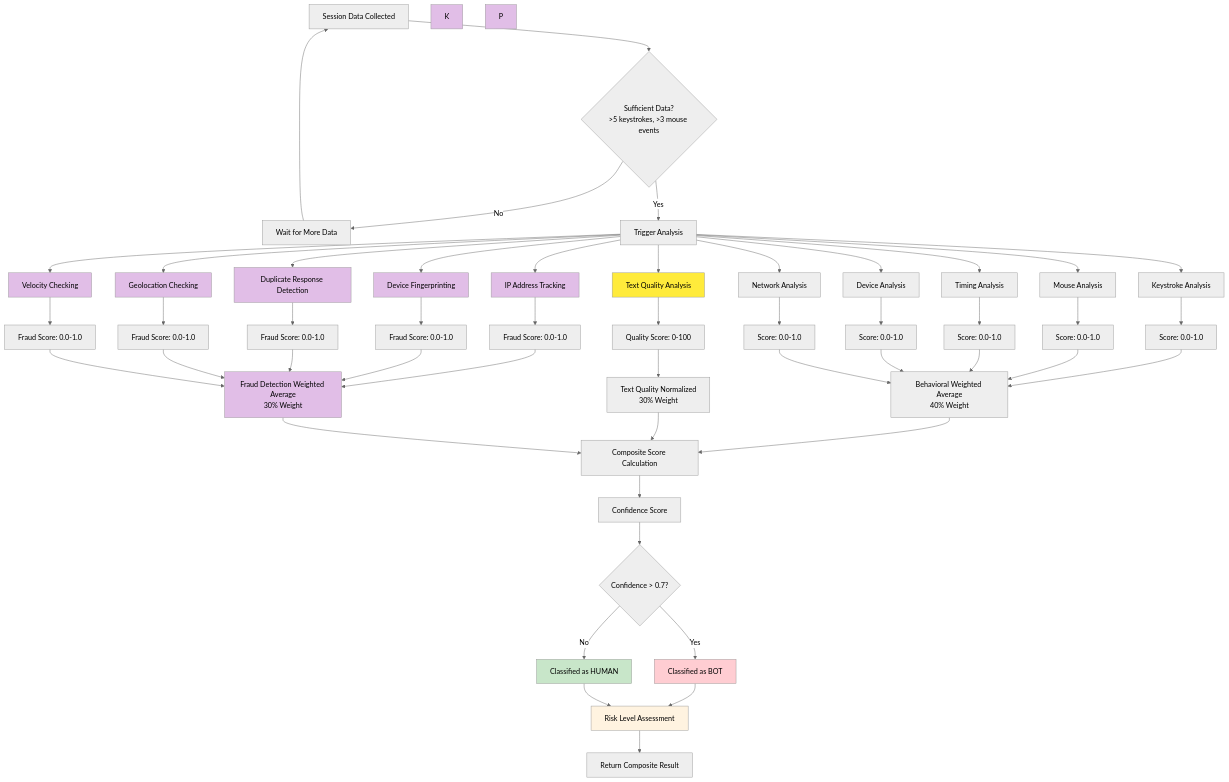
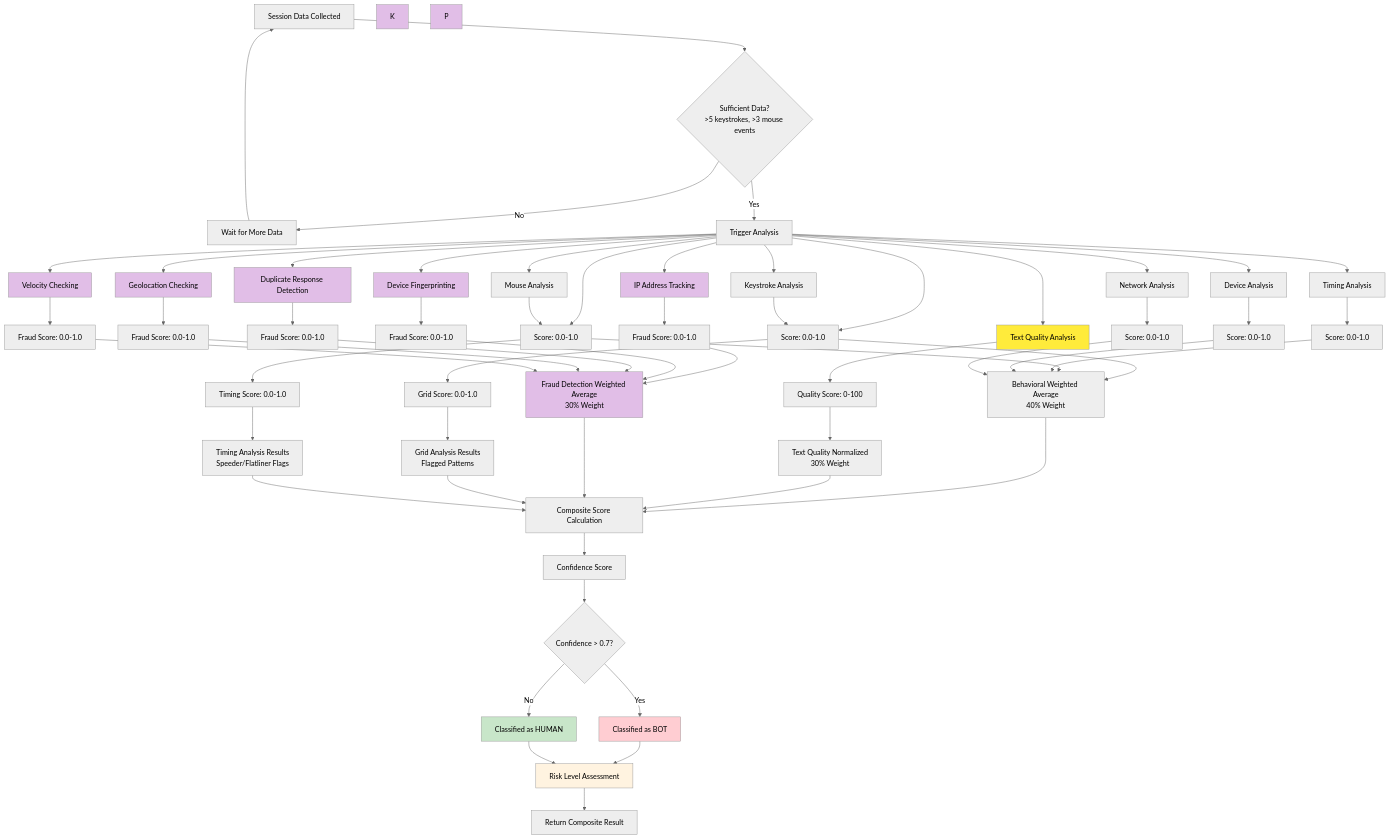
One commit to halderavik/bot_detection_live changed the sixth of 13 diagrams in bot_detection_flow.md. Above: the diagram before and after it, drawn with Mermaid (neutral theme). The commit also changed other lines of this file and 1 other file, not shown here.

Commit message:
Update BOT_DETECTION_METHODOLOGY.md and bot_detection_flow.md with missing capture components: grid/matrix analysis, per-question timing, survey metadata, fraud detection data, and hierarchical structure

````diff
--- a/bot_detection_flow.md
+++ b/bot_detection_flow.md
@@ -417,72 +505,82 @@
 ```mermaid
 graph TD
     A[Session Data Collected] --> B{Sufficient Data?<br/>>5 keystrokes, >3 mouse events}
     B -->|No| C[Wait for More Data]
     C --> A
     B -->|Yes| D[Trigger Analysis]
     
     D --> E[Keystroke Analysis]
     D --> F[Mouse Analysis]
     D --> G[Timing Analysis]
     D --> H[Device Analysis]
     D --> I[Network Analysis]
     D --> J[Text Quality Analysis]
     D --> K1[IP Address Tracking]
     D --> K2[Device Fingerprinting]
     D --> K3[Duplicate Response Detection]
     D --> K4[Geolocation Checking]
     D --> K5[Velocity Checking]
+    D --> L1[Grid Analysis]
+    D --> L2[Timing Analysis]
     
     E --> L1[Score: 0.0-1.0]
     F --> L2[Score: 0.0-1.0]
     G --> L3[Score: 0.0-1.0]
     H --> L4[Score: 0.0-1.0]
     I --> L5[Score: 0.0-1.0]
     J --> L6[Quality Score: 0-100]
     
     K1 --> L7[Fraud Score: 0.0-1.0]
     K2 --> L8[Fraud Score: 0.0-1.0]
     K3 --> L9[Fraud Score: 0.0-1.0]
     K4 --> L10[Fraud Score: 0.0-1.0]
     K5 --> L11[Fraud Score: 0.0-1.0]
+    
+    L1 --> L12[Grid Score: 0.0-1.0]
+    L2 --> L13[Timing Score: 0.0-1.0]
     
     L1 --> M1[Behavioral Weighted Average<br/>40% Weight]
     L2 --> M1
     L3 --> M1
     L4 --> M1
     L5 --> M1
     
     L6 --> M2[Text Quality Normalized<br/>30% Weight]
     
     L7 --> M3[Fraud Detection Weighted Average<br/>30% Weight]
     L8 --> M3
     L9 --> M3
     L10 --> M3
     L11 --> M3
     
+    L12 --> M4[Grid Analysis Results<br/>Flagged Patterns]
+    L13 --> M5[Timing Analysis Results<br/>Speeder/Flatliner Flags]
+    
     M1 --> S[Composite Score Calculation]
     M2 --> S
     M3 --> S
+    M4 --> S
+    M5 --> S
     
     S --> T[Confidence Score]
     T --> U{Confidence > 0.7?}
     U -->|Yes| V[Classified as BOT]
     U -->|No| W[Classified as HUMAN]
     
     V --> X[Risk Level Assessment]
     W --> X
     X --> Y[Return Composite Result]
     
     style V fill:#ffcdd2
     style W fill:#c8e6c9
     style X fill:#fff3e0
     style J fill:#ffeb3b
     style K1 fill:#e1bee7
     style K2 fill:#e1bee7
     style K3 fill:#e1bee7
     style K4 fill:#e1bee7
     style K5 fill:#e1bee7
     style M3 fill:#e1bee7
     style K fill:#e1bee7
     style P fill:#e1bee7
 ```
````
